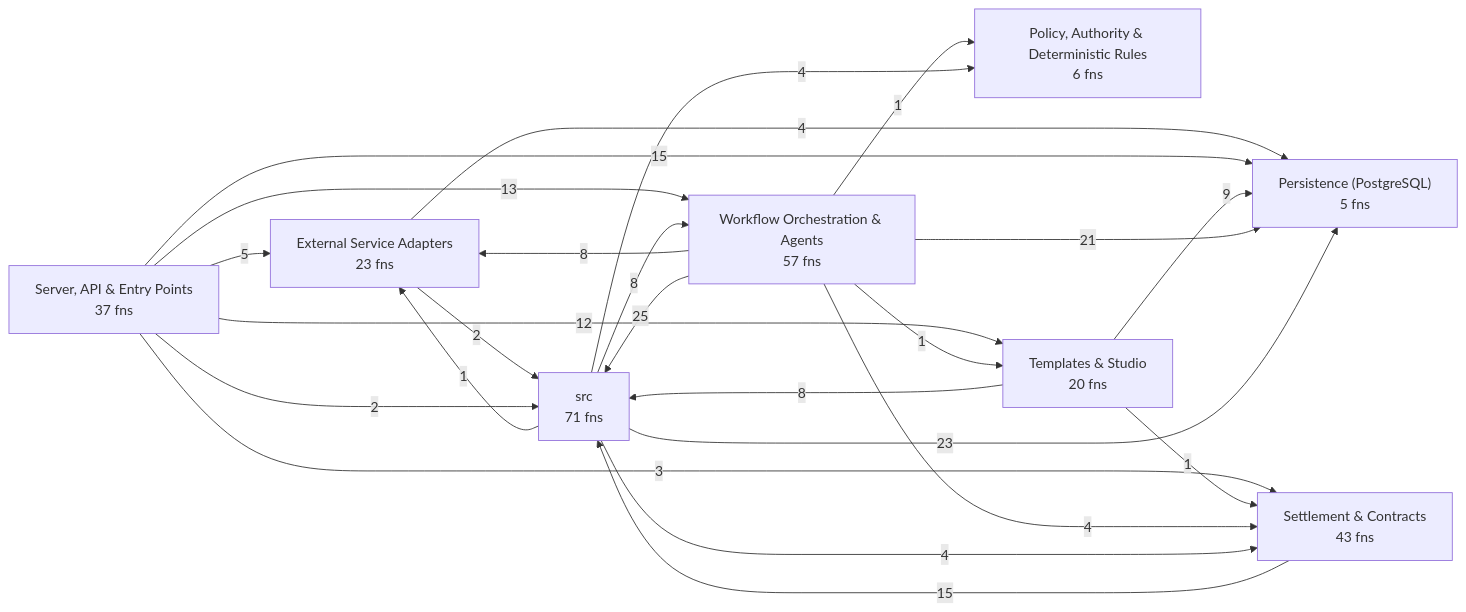
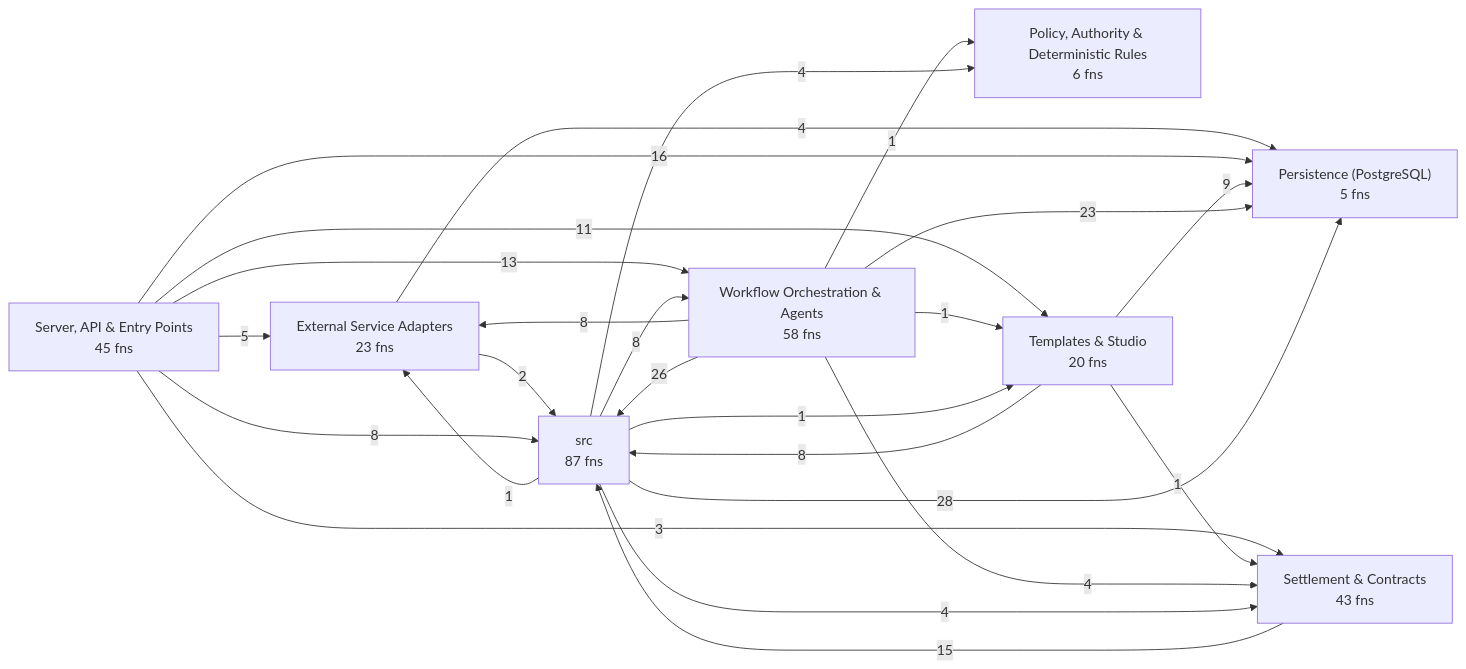
One commit to Jaydearcadian/bind changed the first of 8 diagrams in docs/CODEBASE_MAP.md. Above: the diagram before and after it, drawn with Mermaid. The commit also changed other lines of this file and 27 other files, not shown here.

````diff
--- a/docs/CODEBASE_MAP.md
+++ b/docs/CODEBASE_MAP.md
@@ -12,34 +12,35 @@
 ```mermaid
 flowchart LR
   L0["External Service Adapters<br/>23 fns"]
   L1["Persistence (PostgreSQL)<br/>5 fns"]
   L2["Policy, Authority & Deterministic Rules<br/>6 fns"]
-  L3["Server, API & Entry Points<br/>37 fns"]
+  L3["Server, API & Entry Points<br/>45 fns"]
   L4["Settlement & Contracts<br/>43 fns"]
   L5["Templates & Studio<br/>20 fns"]
-  L6["Workflow Orchestration & Agents<br/>57 fns"]
-  L7["src<br/>71 fns"]
+  L6["Workflow Orchestration & Agents<br/>58 fns"]
+  L7["src<br/>87 fns"]
   L0 -->|4| L1
   L0 -->|2| L7
   L3 -->|5| L0
-  L3 -->|15| L1
+  L3 -->|16| L1
   L3 -->|3| L4
-  L3 -->|12| L5
+  L3 -->|11| L5
   L3 -->|13| L6
-  L3 -->|2| L7
+  L3 -->|8| L7
   L4 -->|15| L7
   L5 -->|9| L1
   L5 -->|1| L4
   L5 -->|8| L7
   L6 -->|8| L0
-  L6 -->|21| L1
+  L6 -->|23| L1
   L6 -->|1| L2
   L6 -->|4| L4
   L6 -->|1| L5
-  L6 -->|25| L7
+  L6 -->|26| L7
   L7 -->|1| L0
-  L7 -->|23| L1
+  L7 -->|28| L1
   L7 -->|4| L2
   L7 -->|4| L4
+  L7 -->|1| L5
   L7 -->|8| L6
 ```
````
